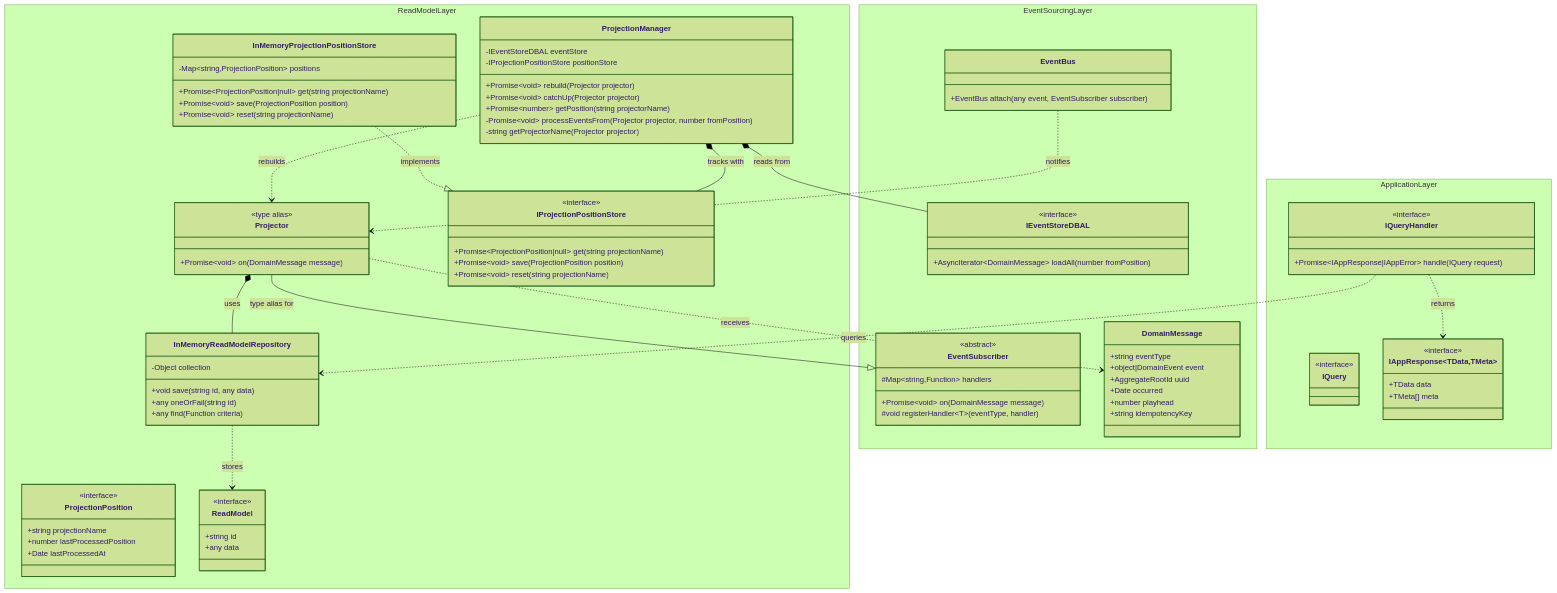
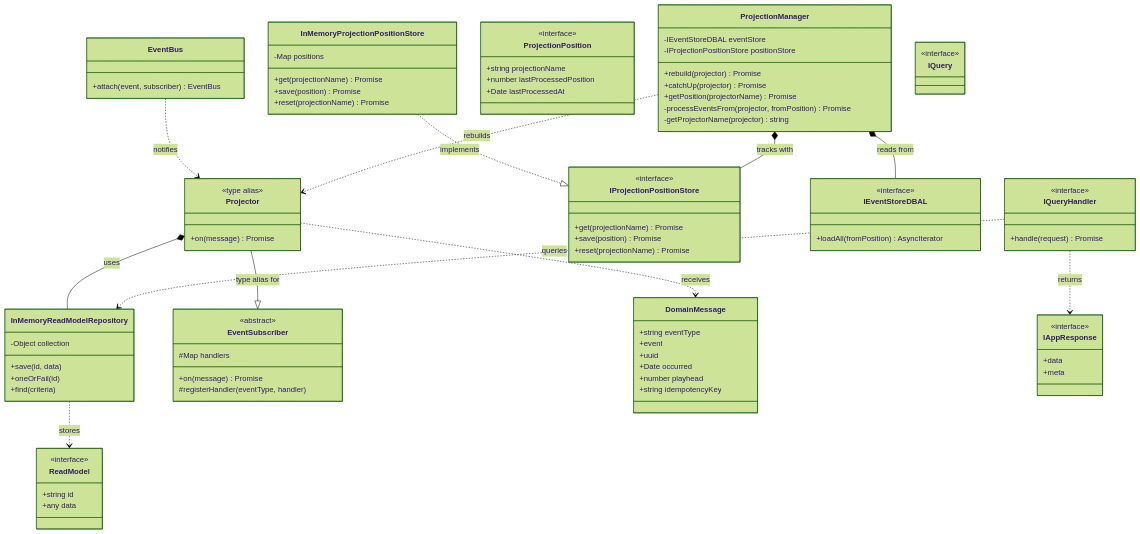
Before and after one commit to jorge07/hollywood: the first of 2 diagrams in docs/architecture/bounded-contexts/read-model-layer.md, drawn with Mermaid (forest theme). The commit also changed other lines of this file and 72 other files, not shown here.

````diff
--- a/docs/architecture/bounded-contexts/read-model-layer.md
+++ b/docs/architecture/bounded-contexts/read-model-layer.md
@@ -18,116 +18,101 @@
 ```mermaid
 classDiagram
-    namespace ReadModelLayer {
-        %% Projector (Type Alias for EventSubscriber)
-        class Projector {
-            <<type alias>>
-            %% Type alias for EventSubscriber used in read model context
-            +Promise~void~ on(DomainMessage message)
-        }
-
-        %% Projection Manager (v6)
-        class ProjectionManager {
-            -IEventStoreDBAL eventStore
-            -IProjectionPositionStore positionStore
-            +Promise~void~ rebuild(Projector projector)
-            +Promise~void~ catchUp(Projector projector)
-            +Promise~number~ getPosition(string projectorName)
-            -Promise~void~ processEventsFrom(Projector projector, number fromPosition)
-            -string getProjectorName(Projector projector)
-        }
-
-        %% Projection Position Store (v6)
-        class IProjectionPositionStore {
-            <<interface>>
-            +Promise~ProjectionPosition|null~ get(string projectionName)
-            +Promise~void~ save(ProjectionPosition position)
-            +Promise~void~ reset(string projectionName)
-        }
-
-        class InMemoryProjectionPositionStore {
-            -Map~string,ProjectionPosition~ positions
-            +Promise~ProjectionPosition|null~ get(string projectionName)
-            +Promise~void~ save(ProjectionPosition position)
-            +Promise~void~ reset(string projectionName)
-        }
-
-        class ProjectionPosition {
-            <<interface>>
-            +string projectionName
-            +number lastProcessedPosition
-            +Date lastProcessedAt
-        }
-
-        %% Read Model Repository
-        class InMemoryReadModelRepository {
-            -Object collection
-            +void save(string id, any data)
-            +any oneOrFail(string id)
-            +any find(Function criteria)
-        }
-
-        %% Read Model Data Structure
-        class ReadModel {
-            <<interface>>
-            +string id
-            +any data
-        }
+    class Projector {
+        <<type alias>>
+        +on(message) Promise
     }
 
-    namespace EventSourcingLayer {
-        class EventSubscriber {
-            <<abstract>>
-            #Map~string,Function~ handlers
-            +Promise~void~ on(DomainMessage message)
-            #void registerHandler~T~(eventType, handler)
-        }
-
-        class DomainMessage {
-            +string eventType
-            +object|DomainEvent event
-            +AggregateRootId uuid
-            +Date occurred
-            +number playhead
-            +string idempotencyKey
-        }
-
-        class EventBus {
-            +EventBus attach(any event, EventSubscriber subscriber)
-        }
-
-        class IEventStoreDBAL {
-            <<interface>>
-            +AsyncIterator~DomainMessage~ loadAll(number fromPosition)
-        }
+    class ProjectionManager {
+        -IEventStoreDBAL eventStore
+        -IProjectionPositionStore positionStore
+        +rebuild(projector) Promise
+        +catchUp(projector) Promise
+        +getPosition(projectorName) Promise
+        -processEventsFrom(projector, fromPosition) Promise
+        -getProjectorName(projector) string
     }
 
-    namespace ApplicationLayer {
-        class IQuery {
-            <<interface>>
-        }
-
-        class IQueryHandler {
-            <<interface>>
-            +Promise~IAppResponse|IAppError~ handle(IQuery request)
-        }
-
-        class IAppResponse~TData,TMeta~ {
-            <<interface>>
-            +TData data
-            +TMeta[] meta
-        }
+    class IProjectionPositionStore {
+        <<interface>>
+        +get(projectionName) Promise
+        +save(position) Promise
+        +reset(projectionName) Promise
     }
 
-    %% Inheritance
+    class InMemoryProjectionPositionStore {
+        -Map positions
+        +get(projectionName) Promise
+        +save(position) Promise
+        +reset(projectionName) Promise
+    }
+
+    class ProjectionPosition {
+        <<interface>>
+        +string projectionName
+        +number lastProcessedPosition
+        +Date lastProcessedAt
+    }
+
+    class InMemoryReadModelRepository {
+        -Object collection
+        +save(id, data)
+        +oneOrFail(id)
+        +find(criteria)
+    }
+
+    class ReadModel {
+        <<interface>>
+        +string id
+        +any data
+    }
+
+    class EventSubscriber {
+        <<abstract>>
+        #Map handlers
+        +on(message) Promise
+        #registerHandler(eventType, handler)
+    }
+
+    class DomainMessage {
+        +string eventType
+        +event
+        +uuid
+        +Date occurred
+        +number playhead
+        +string idempotencyKey
+    }
+
+    class EventBus {
+        +attach(event, subscriber) EventBus
+    }
+
+    class IEventStoreDBAL {
+        <<interface>>
+        +loadAll(fromPosition) AsyncIterator
+    }
+
+    class IQuery {
+        <<interface>>
+    }
+
+    class IQueryHandler {
+        <<interface>>
+        +handle(request) Promise
+    }
+
+    class IAppResponse {
+        <<interface>>
+        +data
+        +meta
+    }
+
     Projector --|> EventSubscriber : type alias for
     InMemoryProjectionPositionStore ..|> IProjectionPositionStore : implements
 
-    %% Composition
     Projector *-- InMemoryReadModelRepository : uses
     ProjectionManager *-- IEventStoreDBAL : reads from
     ProjectionManager *-- IProjectionPositionStore : tracks with
 
-    %% Dependencies
     Projector ..> DomainMessage : receives
     EventBus ..> Projector : notifies
     ProjectionManager ..> Projector : rebuilds
````
